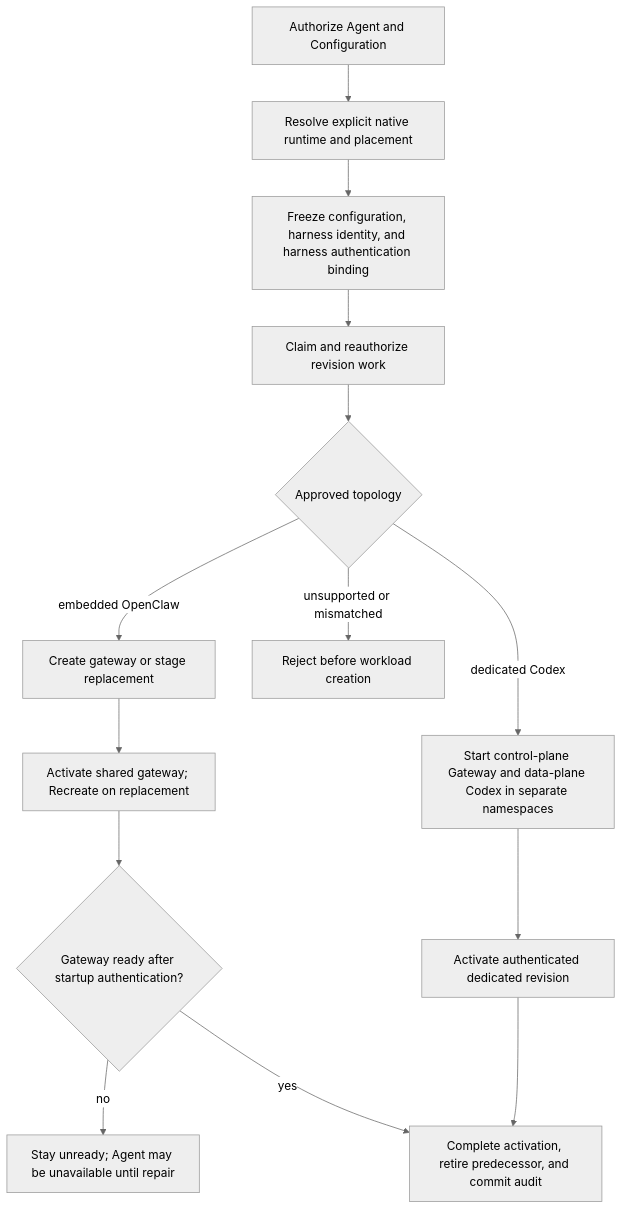
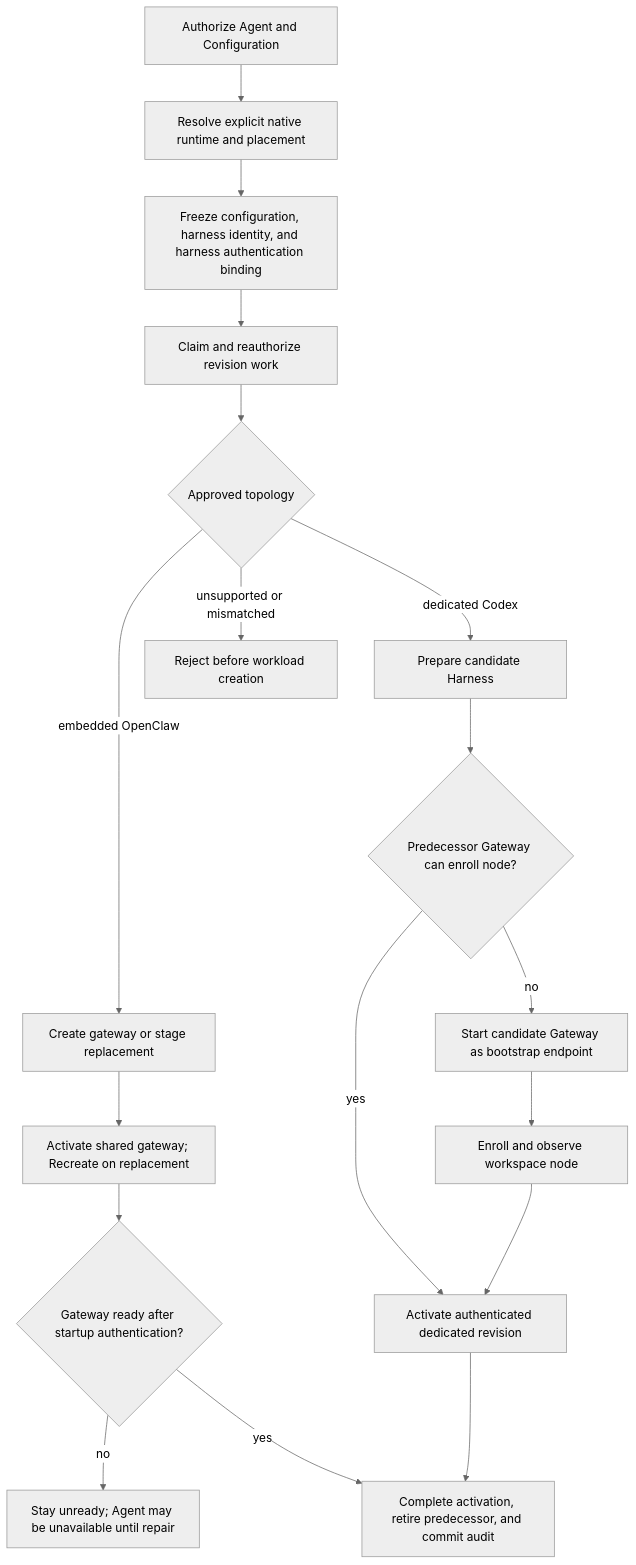
The diagram in docs/flows/harness-execution-topology.md (openclaw/openclaw-enterprise), drawn with Mermaid (neutral theme) before and after one commit. The commit also changed other lines of this file and 2 other files, not shown here.

Commit message:
fix(kubernetes): recover dedicated gateway enrollment

````diff
--- a/docs/flows/harness-execution-topology.md
+++ b/docs/flows/harness-execution-topology.md
@@ -28,16 +28,20 @@
 ```mermaid
 graph TD
   A["Authorize Agent and Configuration"] --> B["Resolve explicit native runtime and placement"]
   B --> C["Freeze configuration, harness identity, and harness authentication binding"]
   C --> D["Claim and reauthorize revision work"]
   D --> E{"Approved topology"}
   E -->|embedded OpenClaw| F["Create gateway or stage replacement"]
-  E -->|dedicated Codex| G["Start control-plane Gateway and data-plane Codex in separate namespaces"]
+  E -->|dedicated Codex| G["Prepare candidate Harness"]
   E -->|unsupported or mismatched| H["Reject before workload creation"]
   F --> I["Activate shared gateway; Recreate on replacement"]
   I --> K{"Gateway ready after startup authentication?"}
   K -->|no| L["Stay unready; Agent may be unavailable until repair"]
   K -->|yes| J["Complete activation, retire predecessor, and commit audit"]
-  G --> M["Activate authenticated dedicated revision"]
+  G --> N{"Predecessor Gateway can enroll node?"}
+  N -->|yes| M["Activate authenticated dedicated revision"]
+  N -->|no| O["Start candidate Gateway as bootstrap endpoint"]
+  O --> P["Enroll and observe workspace node"]
+  P --> M
   M --> J
 ```
````
